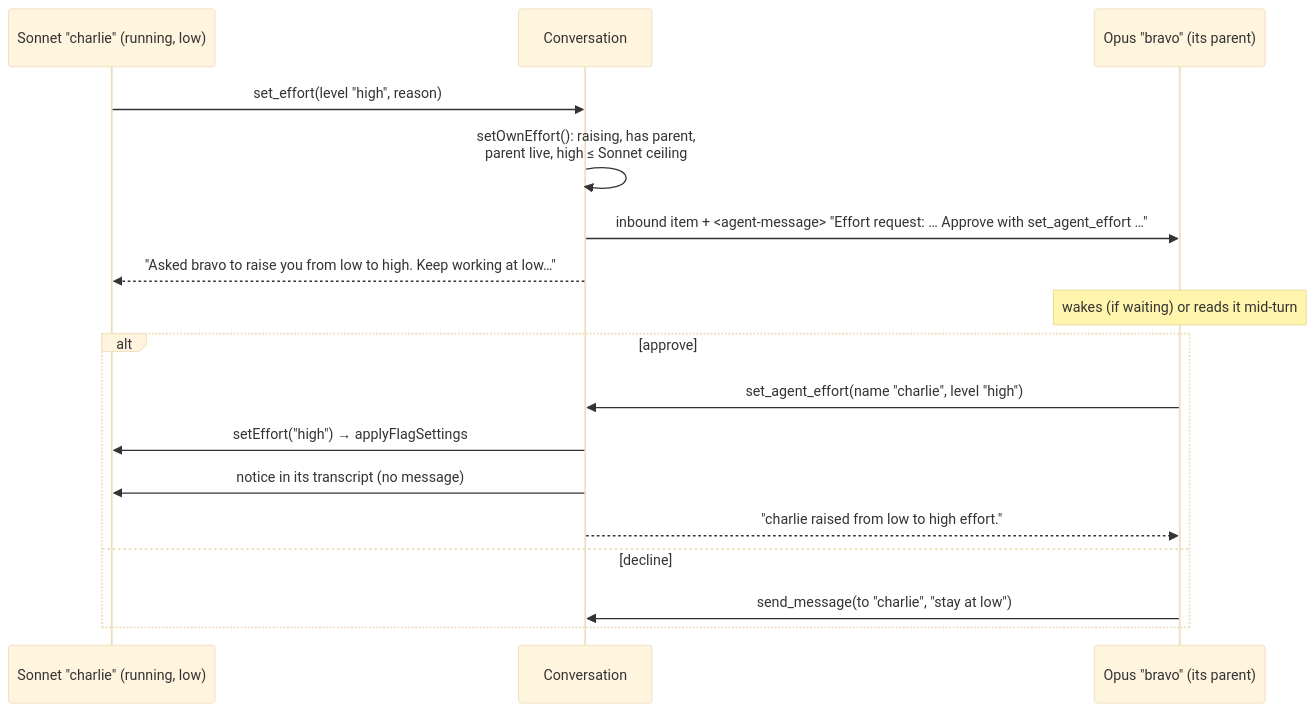
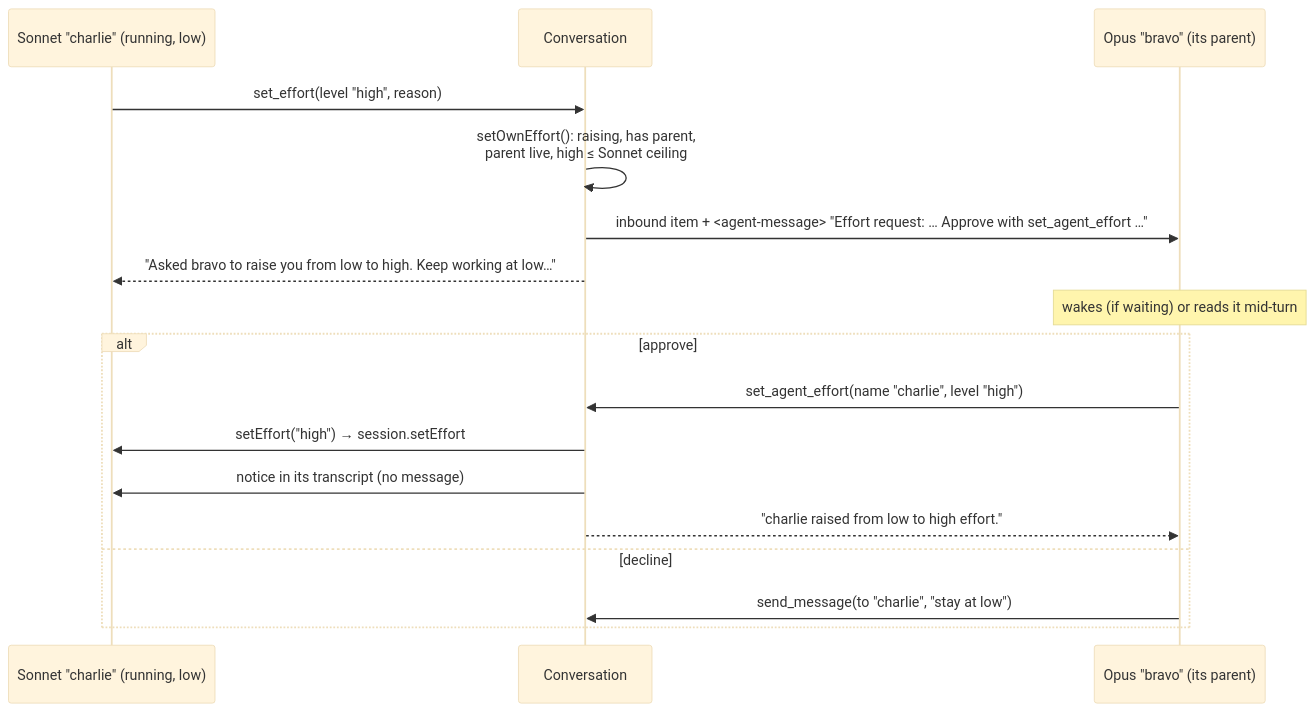
The diagram in docs/wiki/Thinking-Effort.md (Luxorium/masthead), drawn with Mermaid (base theme) before and after one commit. The commit also changed other lines of this file and 103 other files, not shown here.

````diff
--- a/docs/wiki/Thinking-Effort.md
+++ b/docs/wiki/Thinking-Effort.md
@@ -39,19 +49,19 @@
 ```mermaid
 sequenceDiagram
   participant S as Sonnet "charlie" (running, low)
   participant C as Conversation
   participant O as Opus "bravo" (its parent)
   S->>C: set_effort(level "high", reason)
   C->>C: setOwnEffort(): raising, has parent,<br/>parent live, high ≤ Sonnet ceiling
   C->>O: inbound item + <agent-message> "Effort request: … Approve with set_agent_effort …"
   C-->>S: "Asked bravo to raise you from low to high. Keep working at low…"
   Note over O: wakes (if waiting) or reads it mid-turn
   alt approve
     O->>C: set_agent_effort(name "charlie", level "high")
-    C->>S: setEffort("high") → applyFlagSettings
+    C->>S: setEffort("high") → session.setEffort
     C->>S: notice in its transcript (no message)
     C-->>O: "charlie raised from low to high effort."
   else decline
     O->>C: send_message(to "charlie", "stay at low")
   end
 ```
````
